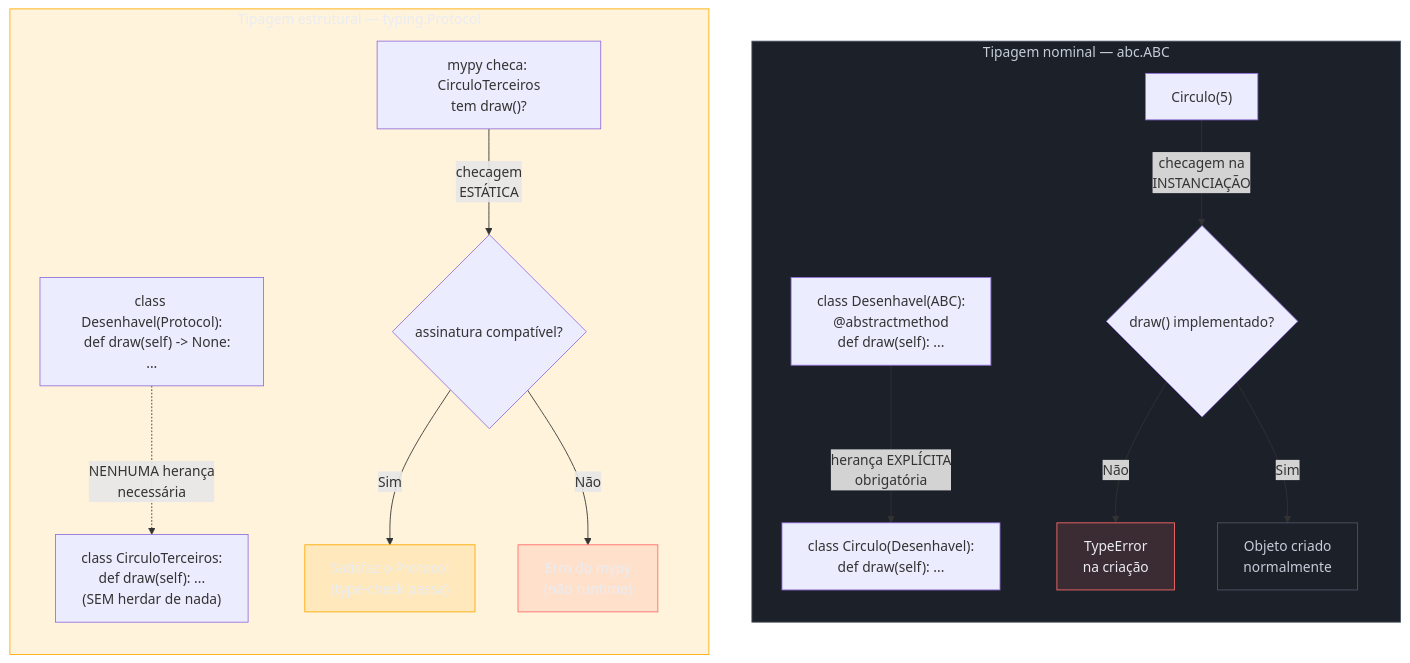
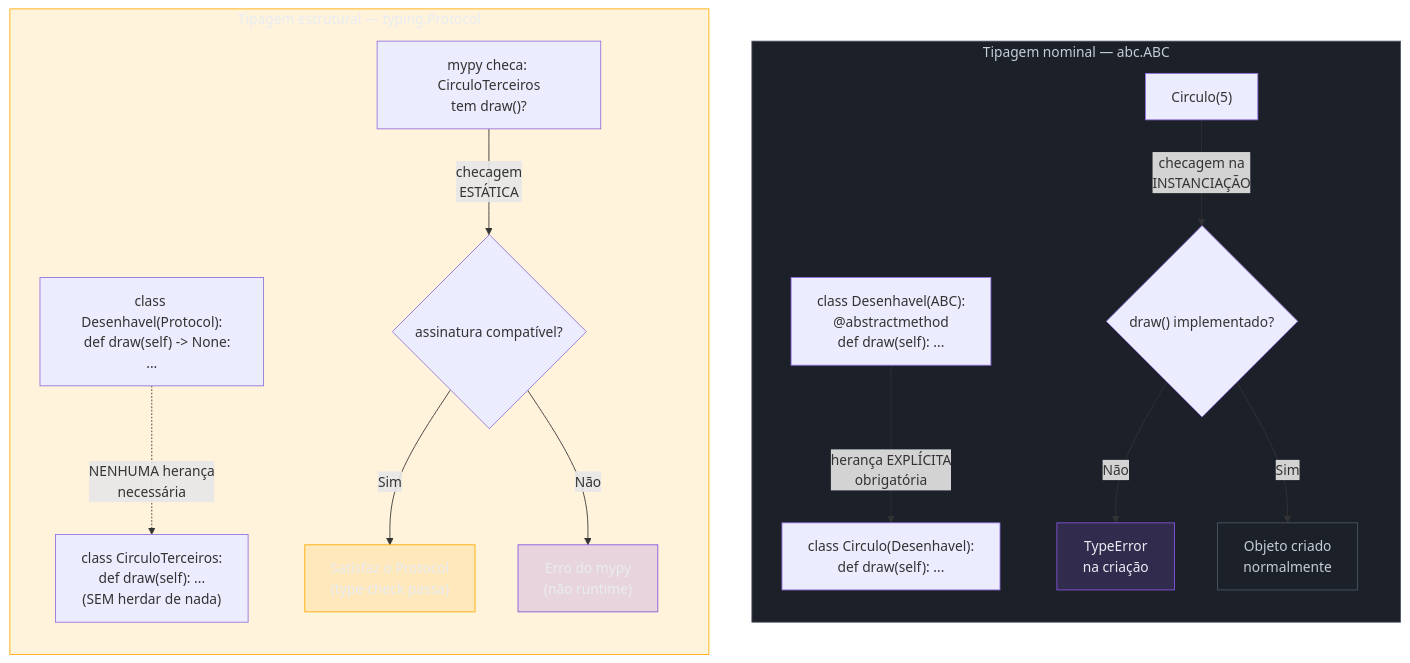
The first of 2 diagrams in 03-Dominios/Tecnologia/Python/OO e Data Model/06 - ABC e Protocol — tipagem estrutural.md (josenaldo/codex-technomanticus), drawn with Mermaid before and after one commit. The commit also changed 601 other files, not shown here.

````diff
--- a/03-Dominios/Tecnologia/Python/OO e Data Model/06 - ABC e Protocol — tipagem estrutural.md
+++ b/03-Dominios/Tecnologia/Python/OO e Data Model/06 - ABC e Protocol — tipagem estrutural.md
@@ -156,32 +156,32 @@
 ```mermaid
 flowchart TB
+    classDef marca fill:#8855DF33,stroke:#8855DF,color:#E9ECF2
     classDef neutro fill:#1B2029,stroke:#4E5666,color:#C6CCD8
     classDef destaque fill:#FFAA0024,stroke:#FFAA00,color:#E9ECF2
-    classDef falha fill:#FF6B6B24,stroke:#FF6B6B,color:#E9ECF2
     subgraph Nominal["Tipagem nominal — abc.ABC"]
         direction TB
         A1["class Desenhavel(ABC):\n    @abstractmethod\n    def draw(self): ..."]
         A2["class Circulo(Desenhavel):\n    def draw(self): ..."]
         A1 -->|"herança EXPLÍCITA\nobrigatória"| A2
         A3["Circulo(5)"] -->|"checagem na\nINSTANCIAÇÃO"| A4{"draw() implementado?"}
         A4 -- Não --> A5["TypeError\nna criação"]
         A4 -- Sim --> A6["Objeto criado\nnormalmente"]
     end
 
     subgraph Estrutural["Tipagem estrutural — typing.Protocol"]
         direction TB
         B1["class Desenhavel(Protocol):\n    def draw(self) -> None: ..."]
         B2["class CirculoTerceiros:\n    def draw(self): ...\n(SEM herdar de nada)"]
         B1 -.->|"NENHUMA herança\nnecessária"| B2
         B3["mypy checa: CirculoTerceiros\ntem draw()?"] -->|"checagem\nESTÁTICA"| B4{"assinatura compatível?"}
         B4 -- Sim --> B5["Satisfaz o Protocol\n(type-check passa)"]
         B4 -- Não --> B6["Erro do mypy\n(não runtime)"]
     end
 
     class Nominal neutro
     class Estrutural destaque
-    class A5 falha
-    class B6 falha
+    class A5 marca
+    class B6 marca
     class A6 neutro
     class B5 destaque
 ```
````
